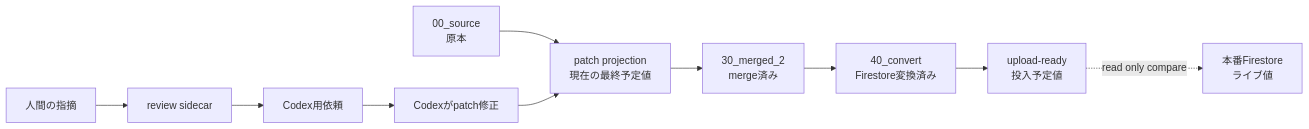
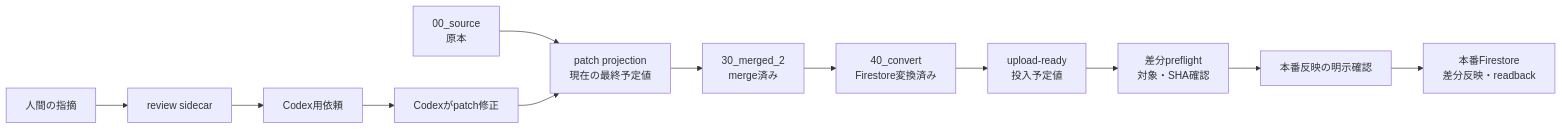
Before and after one commit to yuki-mats/exam_scraper: the diagram in document/operations/local_question_review_console.md, drawn with Mermaid. The commit also changed other lines of this file and 11 other files, not shown here.

````diff
--- a/document/operations/local_question_review_console.md
+++ b/document/operations/local_question_review_console.md
@@ -88,13 +88,15 @@
 ```mermaid
 flowchart LR
   Source["00_source<br/>原本"] --> Projection["patch projection<br/>現在の最終予定値"]
   Projection --> Merged["30_merged_2<br/>merge済み"]
   Merged --> Convert["40_convert<br/>Firestore変換済み"]
   Convert --> UploadReady["upload-ready<br/>投入予定値"]
-  UploadReady -. read only compare .-> Firestore["本番Firestore<br/>ライブ値"]
+  UploadReady --> Preflight["差分preflight<br/>対象・SHA確認"]
+  Preflight --> Confirm["本番反映の明示確認"]
+  Confirm --> Firestore["本番Firestore<br/>差分反映・readback"]
 
   Human["人間の指摘"] --> ReviewSidecar["review sidecar"]
   ReviewSidecar --> Prompt["Codex用依頼"]
   Prompt --> Patch["Codexがpatch修正"]
   Patch --> Projection
 ```
````
